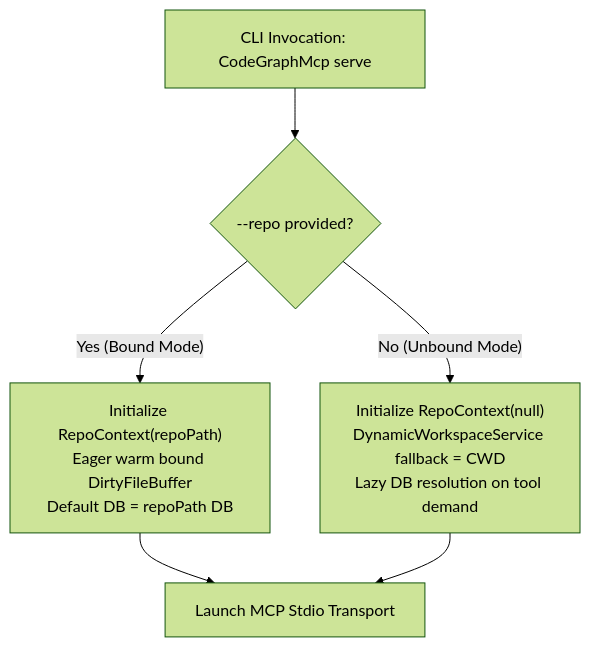
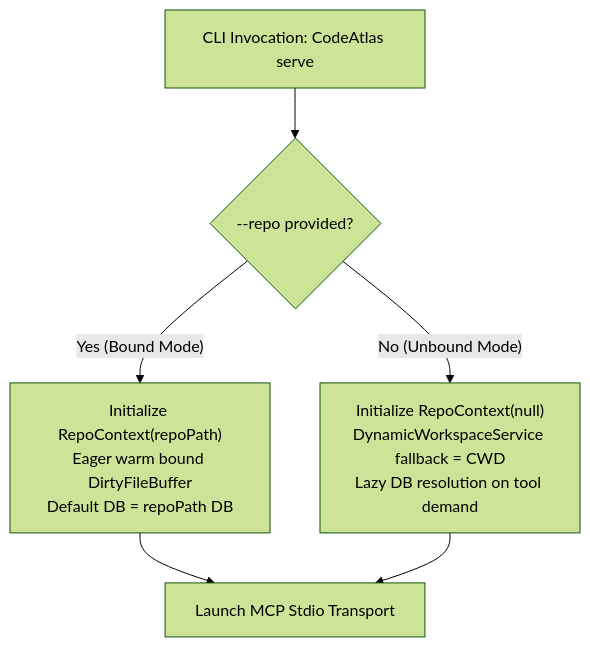
Before and after one commit to ScriptedFluff/CodeAtlas: the diagram in plan/phase-6-cli-entry.g36.md, drawn with Mermaid (forest theme). The commit also changed other lines of this file and 322 other files, not shown here.

````diff
--- a/plan/phase-6-cli-entry.g36.md
+++ b/plan/phase-6-cli-entry.g36.md
@@ -13,8 +13,8 @@
 ```mermaid
 flowchart TD
-    CLI["CLI Invocation: CodeGraphMcp serve"] --> OptionCheck{"--repo provided?"}
+    CLI["CLI Invocation: CodeAtlas serve"] --> OptionCheck{"--repo provided?"}
     OptionCheck -- "Yes (Bound Mode)" --> BoundSetup["Initialize RepoContext(repoPath)\nEager warm bound DirtyFileBuffer\nDefault DB = repoPath DB"]
     OptionCheck -- "No (Unbound Mode)" --> UnboundSetup["Initialize RepoContext(null)\nDynamicWorkspaceService fallback = CWD\nLazy DB resolution on tool demand"]
     BoundSetup --> StdioTransport["Launch MCP Stdio Transport"]
     UnboundSetup --> StdioTransport
 ```
````
